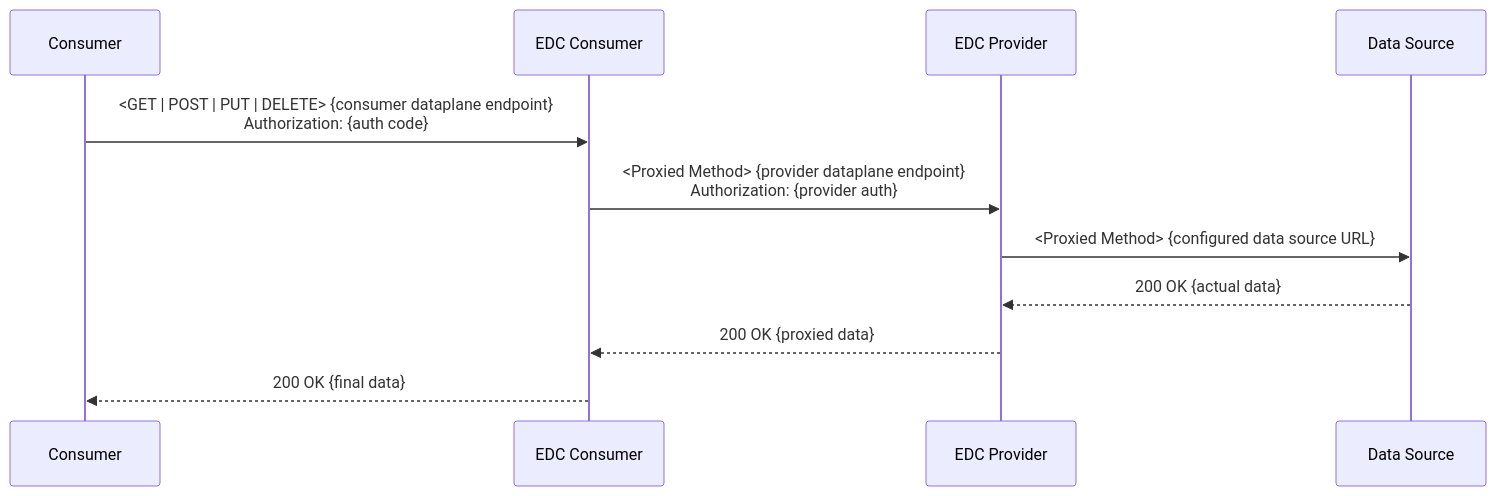
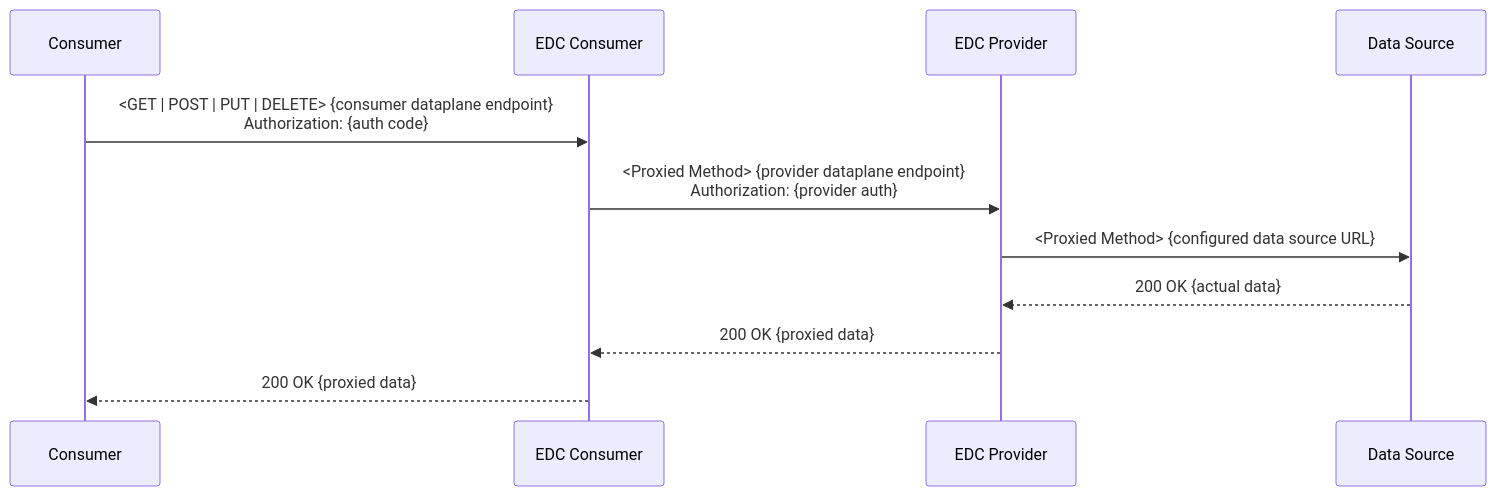
One commit to borrmann-dev/construct-x-edge-k8s changed the eighth of 8 diagrams in scripts/README.md. Above: the diagram before and after it, drawn with Mermaid. The commit also changed other lines of this file, not shown here.

Commit message:
corrected

````diff
--- a/scripts/README.md
+++ b/scripts/README.md
@@ -146,14 +146,14 @@
 ```mermaid
 sequenceDiagram
     participant Consumer
     participant EDC_Consumer as EDC Consumer
     participant EDC_Provider as EDC Provider
     participant DataSource as Data Source
 
     Consumer->>EDC_Consumer: <GET | POST | PUT | DELETE> {consumer dataplane endpoint}<br/>Authorization: {auth code}
     EDC_Consumer->>EDC_Provider: <Proxied Method> {provider dataplane endpoint}<br/>Authorization: {provider auth}
     EDC_Provider->>DataSource: <Proxied Method> {configured data source URL}
     DataSource-->>EDC_Provider: 200 OK {actual data}
     EDC_Provider-->>EDC_Consumer: 200 OK {proxied data}
-    EDC_Consumer-->>Consumer: 200 OK {final data}
+    EDC_Consumer-->>Consumer: 200 OK {proxied data}
 ```
````
